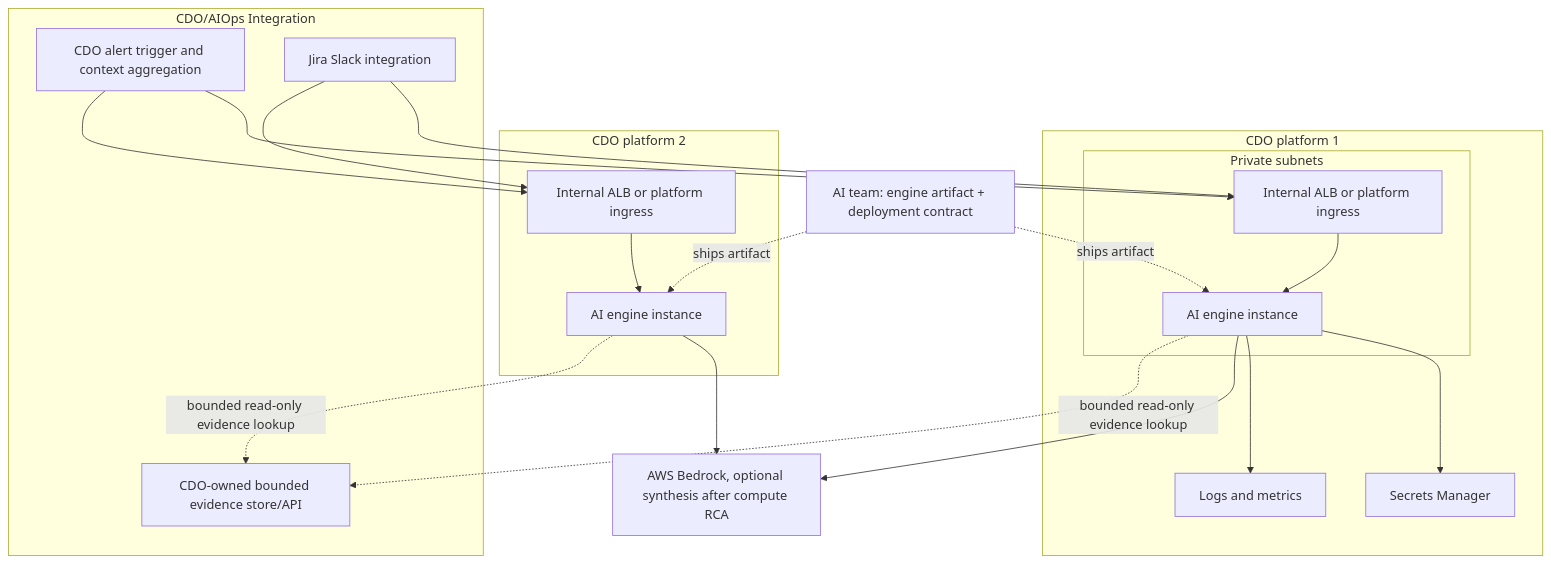
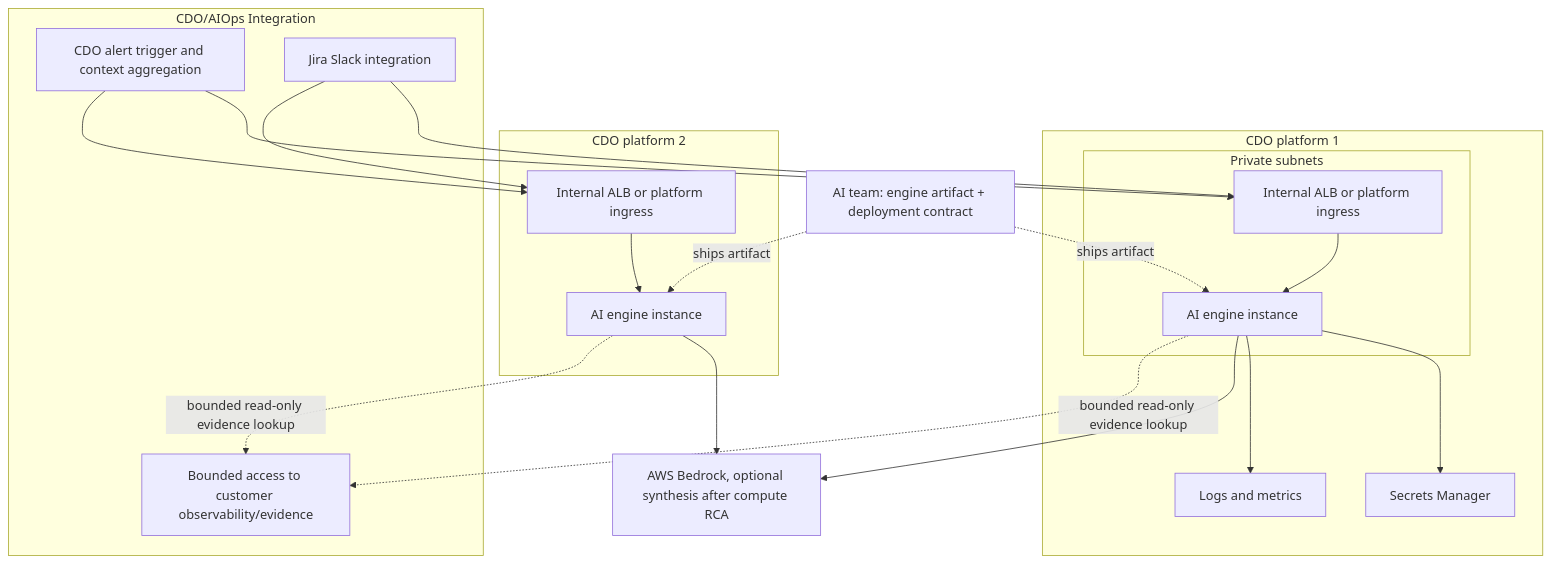
Before and after one commit to c0mmie-b0msh3ll/xBrain-capstone2: the diagram in capstone/tf-1/ai/contracts/deployment-contract.md, drawn with Mermaid. The commit also changed other lines of this file and 7 other files, not shown here.

Commit message:
Clarify customer observability evidence source

````diff
--- a/capstone/tf-1/ai/contracts/deployment-contract.md
+++ b/capstone/tf-1/ai/contracts/deployment-contract.md
@@ -94,40 +94,40 @@
 ```mermaid
 graph TB
     AI[AI team: engine artifact + deployment contract]
 
     subgraph "CDO platform 1"
         subgraph "Private subnets"
             ALB1[Internal ALB or platform ingress]
             ECS1[AI engine instance]
             ALB1 --> ECS1
         end
         SM1[Secrets Manager]
         CW1[Logs and metrics]
         ECS1 --> SM1
         ECS1 --> CW1
     end
 
     subgraph "CDO platform 2"
         ALB2[Internal ALB or platform ingress]
         ECS2[AI engine instance]
         ALB2 --> ECS2
     end
 
     Bedrock[AWS Bedrock, optional synthesis after compute RCA]
     AI -. ships artifact .-> ECS1
     AI -. ships artifact .-> ECS2
     ECS1 --> Bedrock
     ECS2 --> Bedrock
 
     subgraph "CDO/AIOps Integration"
         DET[CDO alert trigger and context aggregation]
         INT[Jira Slack integration]
-        EVD[CDO-owned bounded evidence store/API]
+        EVD[Bounded access to customer observability/evidence]
     end
     DET --> ALB1
     DET --> ALB2
     ECS1 -. bounded read-only evidence lookup .-> EVD
     ECS2 -. bounded read-only evidence lookup .-> EVD
     INT --> ALB1
     INT --> ALB2
 ```
````
